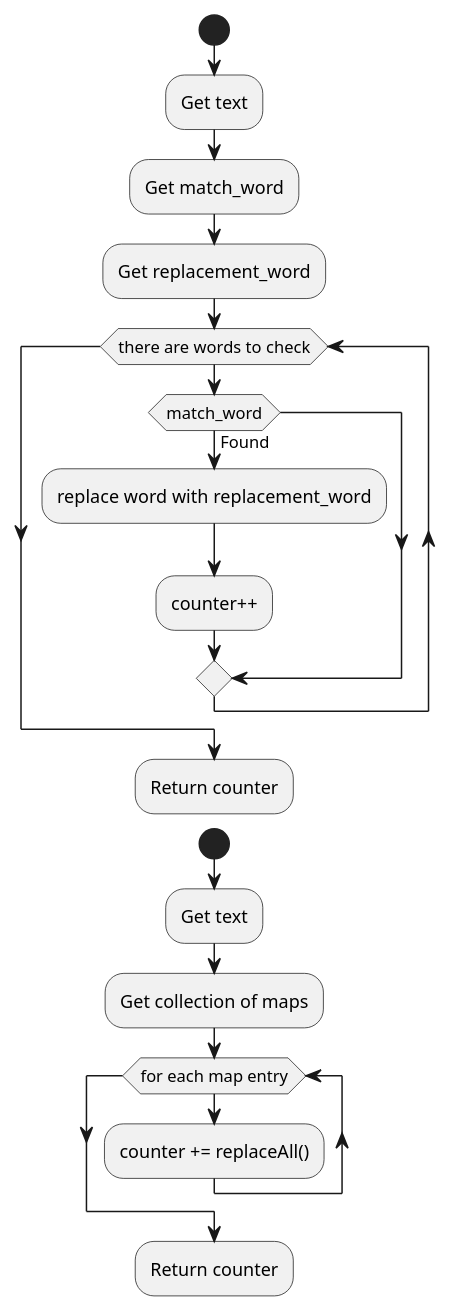
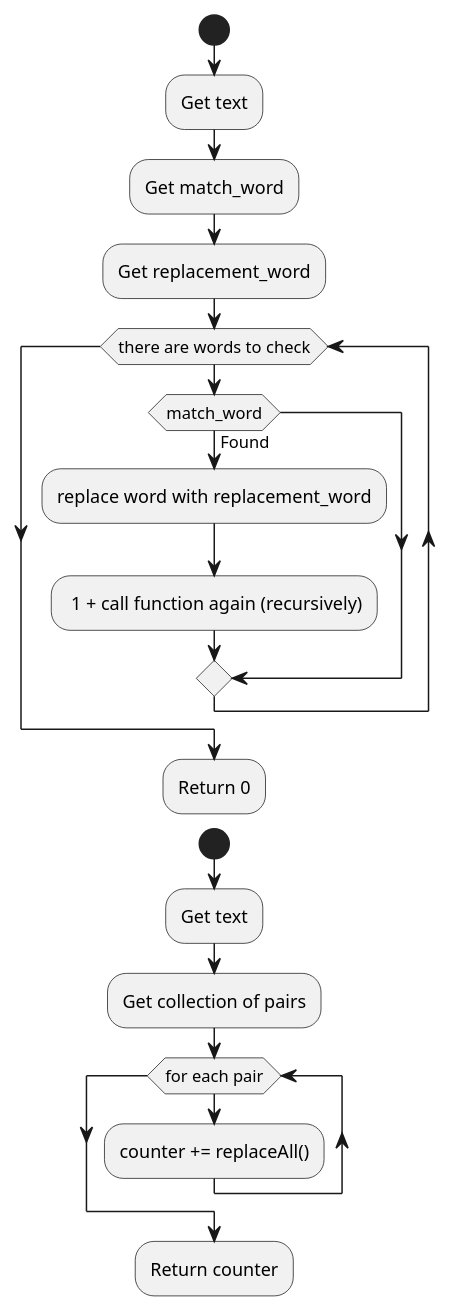
One commit to mplekunov/Assignment_3 changed the diagram in src/main/resources/ex45/ActivityDiagrams/replaceAll.puml. Above: the diagram before and after it, drawn with PlantUML. The commit also changed 10 other files, not shown here.

```diff
--- a/src/main/resources/ex45/ActivityDiagrams/replaceAll.puml
+++ b/src/main/resources/ex45/ActivityDiagrams/replaceAll.puml
@@ -1,26 +1,30 @@
 @startuml
 'https://plantuml.com/activity-diagram-beta
 
 start
+    'This is recursive function that replaces match_word and counts'
+    'number of replacements (number of function calls) it made and'
+    'returns that value'
+
     :Get text;
     :Get match_word;
     :Get replacement_word;
 
     while(there are words to check)
         if (match_word) is (Found) then
             :replace word with replacement_word;
-            :counter++;
+            : 1 + call function again (recursively);
         endif
     endwhile
-    :Return counter;
+    :Return 0;
     kill
 
 start
     :Get text;
-    :Get collection of maps;
-    while(for each map entry)
+    :Get collection of pairs;
+    while(for each pair)
         :counter += replaceAll();
     endwhile
     :Return counter;
     kill
 @enduml
```
